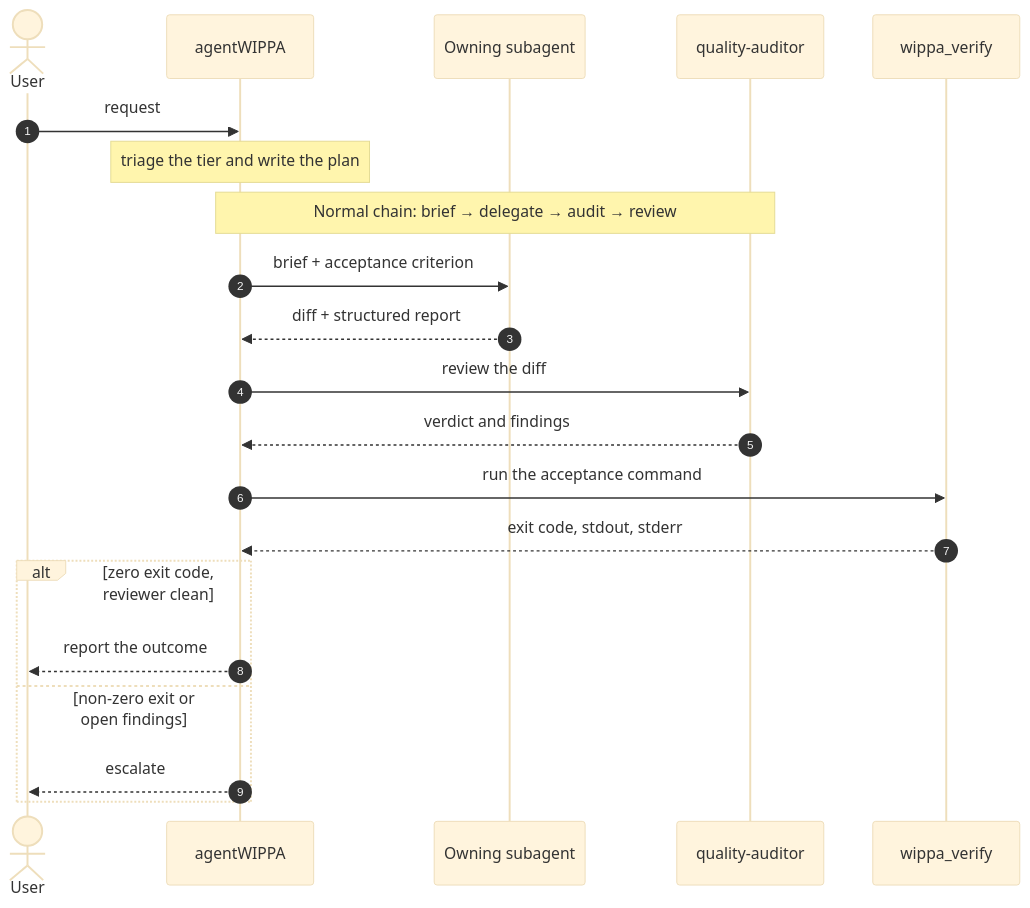
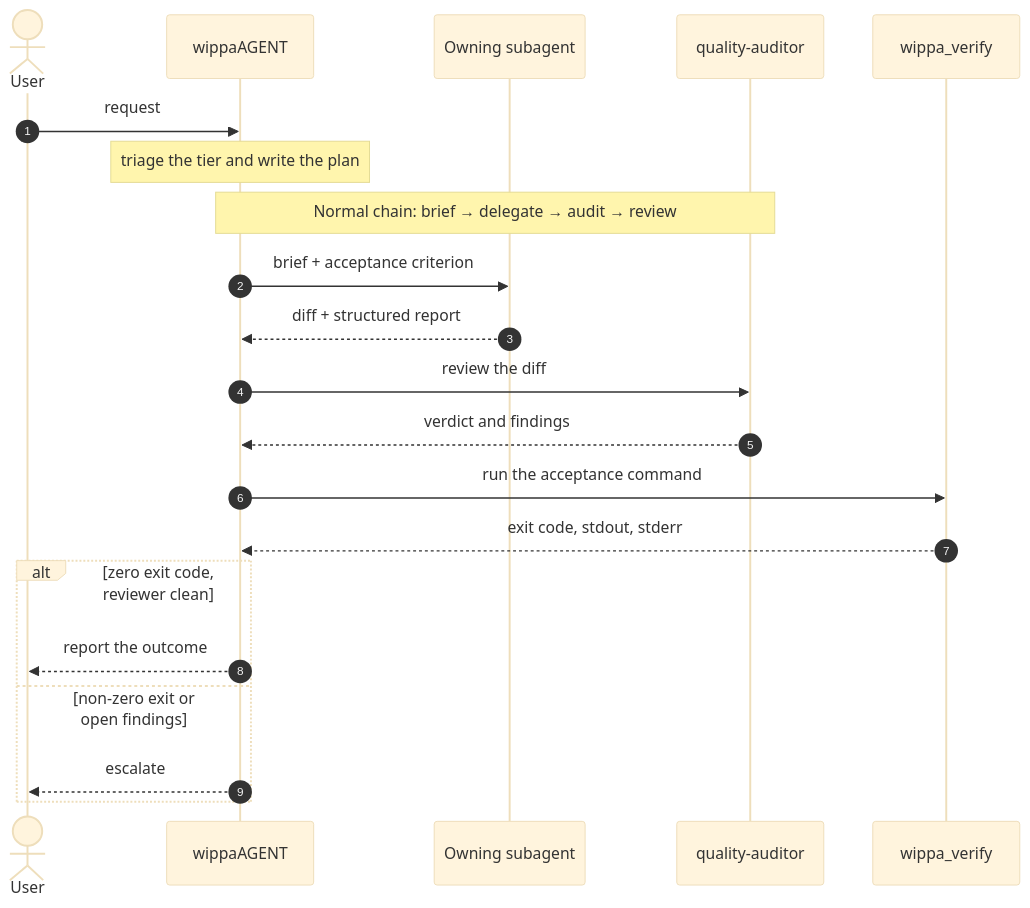
The second of 3 diagrams in README.md (wippa-studios/wippaAGENT), drawn with Mermaid (base theme) before and after one commit. The commit also changed other lines of this file and 18 other files, not shown here.

First line of the commit message:
P0: complete wippaAGENT rename, add claims gate and CI product-surface checks (#2)

````diff
--- a/README.md
+++ b/README.md
@@ -301,24 +301,24 @@
 ```mermaid
 sequenceDiagram
     autonumber
     actor U as User
-    participant O as agentWIPPA
+    participant O as wippaAGENT
     participant S as Owning subagent
     participant QA as quality-auditor
     participant V as wippa_verify
 
     U->>O: request
     Note over O: triage the tier and write the plan
     Note over O,QA: Normal chain: brief → delegate → audit → review
     O->>S: brief + acceptance criterion
     S-->>O: diff + structured report
     O->>QA: review the diff
     QA-->>O: verdict and findings
     O->>V: run the acceptance command
     V-->>O: exit code, stdout, stderr
     alt zero exit code, reviewer clean
         O-->>U: report the outcome
     else non-zero exit or open findings
         O-->>U: escalate
     end
 ```
````
